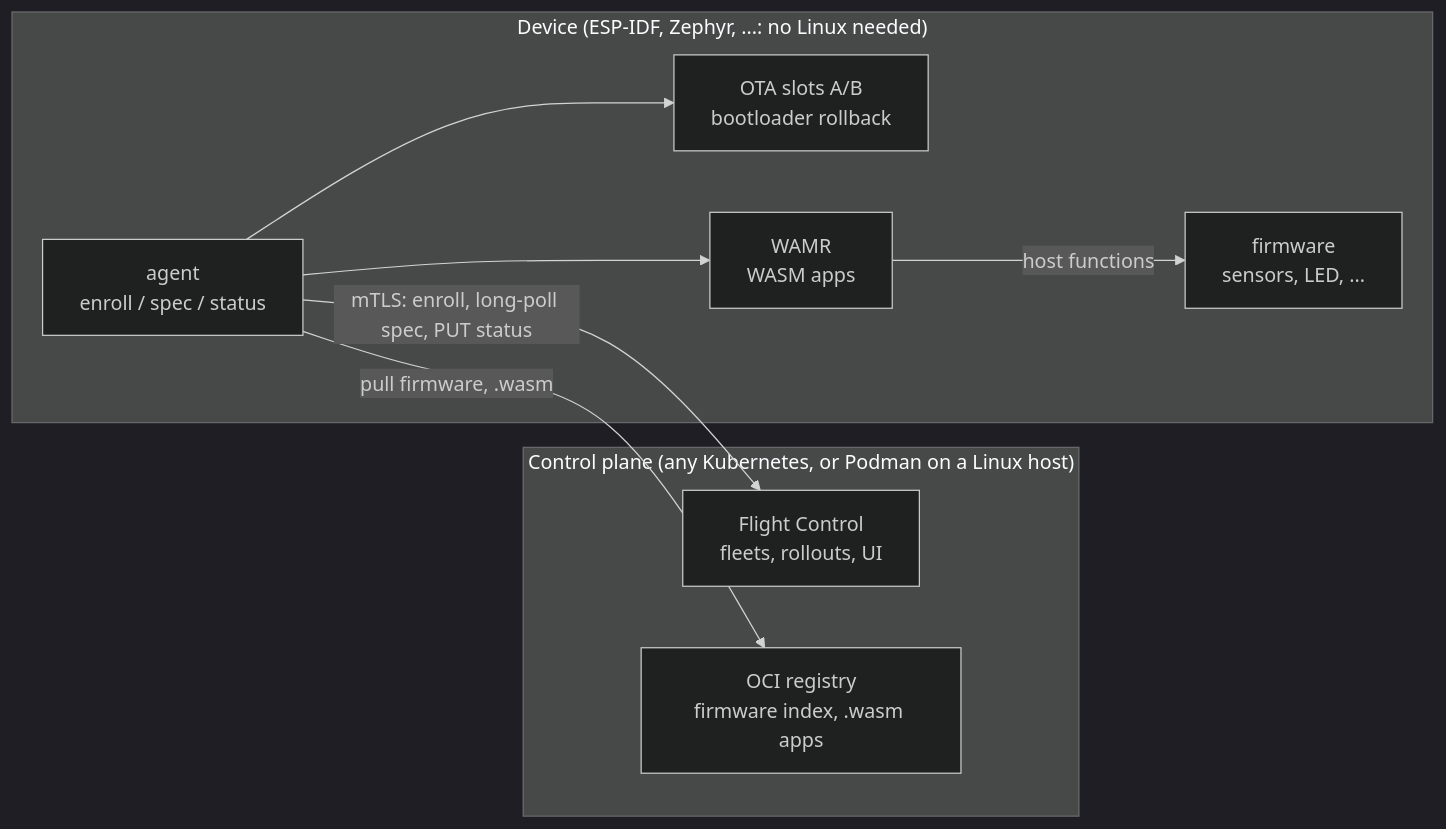
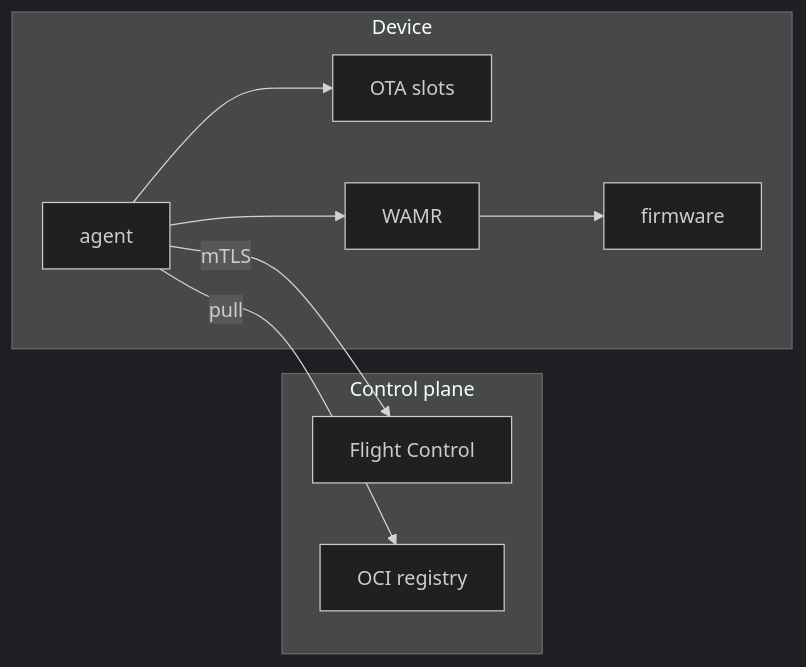
One commit to francescopace/flightctl-mcu changed the first of 3 diagrams in README.md. Above: the diagram before and after it, drawn with Mermaid (dark theme). The commit also changed other lines of this file and 7 other files, not shown here.

````diff
--- a/README.md
+++ b/README.md
@@ -43,18 +35,18 @@
 ```mermaid
 flowchart LR
-  subgraph cp["Control plane (any Kubernetes, or Podman on a Linux host)"]
-    FC["Flight Control<br/>fleets, rollouts, UI"]
-    REG["OCI registry<br/>firmware index, .wasm apps"]
+  subgraph cp["Control plane"]
+    FC["Flight Control"]
+    REG["OCI registry"]
   end
-  subgraph dev["Device (ESP-IDF, Zephyr, ...: no Linux needed)"]
-    AG["agent<br/>enroll / spec / status"]
-    OTA["OTA slots A/B<br/>bootloader rollback"]
-    WAMR["WAMR<br/>WASM apps"]
-    FW["firmware<br/>sensors, LED, ..."]
+  subgraph dev["Device"]
+    AG["agent"]
+    OTA["OTA slots"]
+    WAMR["WAMR"]
+    FW["firmware"]
   end
-  AG -- "mTLS: enroll, long-poll spec, PUT status" --> FC
-  AG -- "pull firmware, .wasm" --> REG
+  AG -- "mTLS" --> FC
+  AG -- "pull" --> REG
   AG --> OTA
   AG --> WAMR
-  WAMR -- "host functions" --> FW
+  WAMR --> FW
 ```
````
